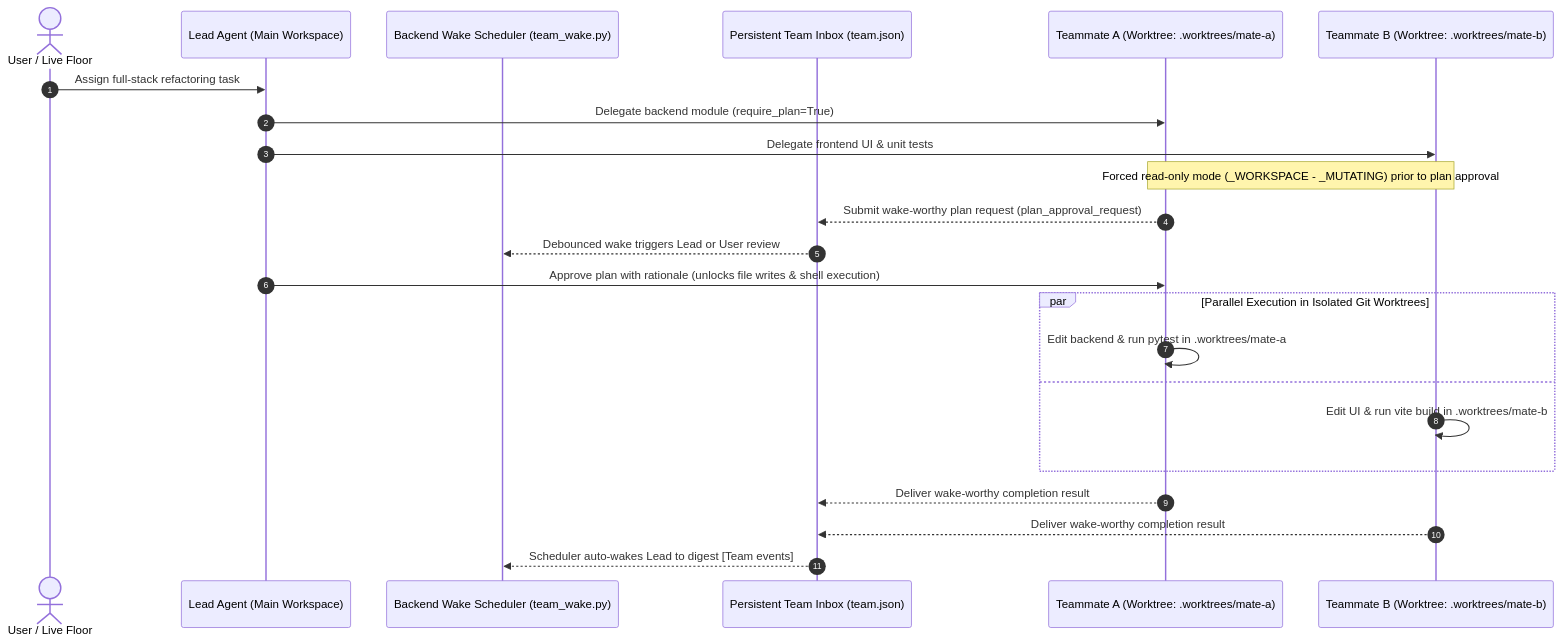
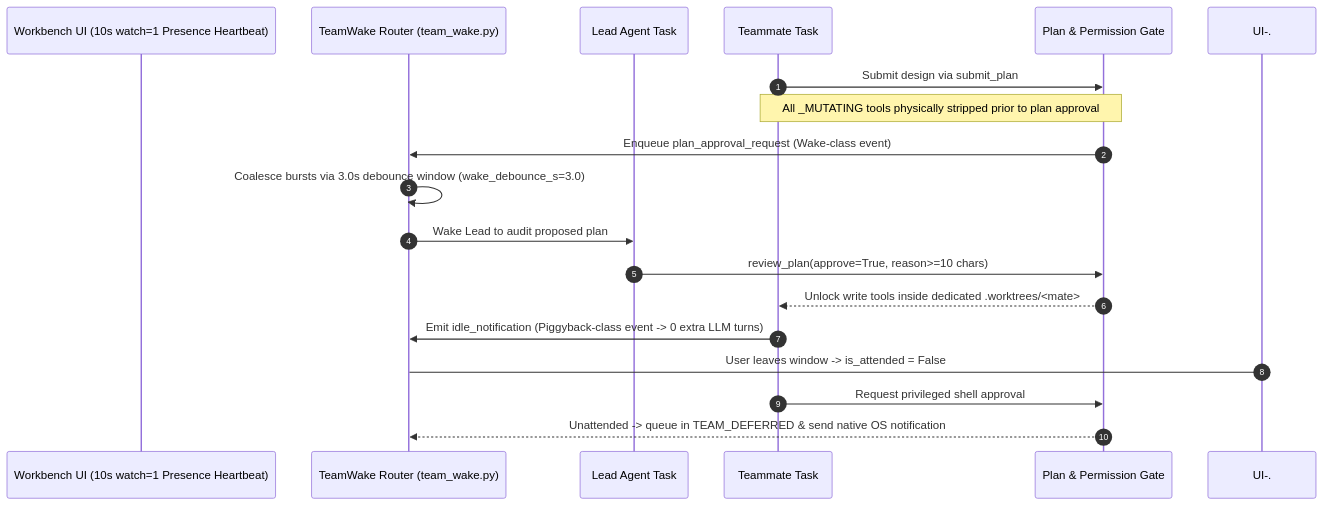
The second of 3 diagrams in docs/en/architecture/multi-agent-team.md (HelmAgent/Helm_website), drawn with Mermaid before and after one commit. The commit also changed other lines of this file and 57 other files, not shown here.

Commit message:
docs(architecture): add detailed documentation for the 5-Tier Permission Sandbox, Zero-RTT Intent Engine, and Open Ecosystem; include core modules, empirical evidence, and interactive permission modes for enhanced clarity and functionality

````diff
--- a/docs/en/architecture/multi-agent-team.md
+++ b/docs/en/architecture/multi-agent-team.md
@@ -16,26 +48,21 @@
 ```mermaid
 sequenceDiagram
   autonumber
-  actor User as User / Live Floor
-  participant Lead as Lead Agent (Main Workspace)
-  participant Wake as Backend Wake Scheduler (team_wake.py)
-  participant Inbox as Persistent Team Inbox (team.json)
-  participant MateA as Teammate A (Worktree: .worktrees/mate-a)
-  participant MateB as Teammate B (Worktree: .worktrees/mate-b)
+  participant UI as Workbench UI (10s watch=1 Presence Heartbeat)
+  participant Wake as TeamWake Router (team_wake.py)
+  participant Lead as Lead Agent Task
+  participant Mate as Teammate Task
+  participant Guard as Plan & Permission Gate
 
-  User->>Lead: Assign full-stack refactoring task
-  Lead->>MateA: Delegate backend module (require_plan=True)
-  Lead->>MateB: Delegate frontend UI & unit tests
-  Note over MateA,MateB: Forced read-only mode (_WORKSPACE - _MUTATING) prior to plan approval
-  MateA-->>Inbox: Submit wake-worthy plan request (plan_approval_request)
-  Inbox-->>Wake: Debounced wake triggers Lead or User review
-  Lead->>MateA: Approve plan with rationale (unlocks file writes & shell execution)
-  par Parallel Execution in Isolated Git Worktrees
-    MateA->>MateA: Edit backend & run pytest in .worktrees/mate-a
-  and
-    MateB->>MateB: Edit UI & run vite build in .worktrees/mate-b
-  end
-  MateA-->>Inbox: Deliver wake-worthy completion result
-  MateB-->>Inbox: Deliver wake-worthy completion result
-  Inbox-->>Wake: Scheduler auto-wakes Lead to digest [Team events]
+  Mate->>Guard: Submit design via submit_plan
+  Note over Mate,Guard: All _MUTATING tools physically stripped prior to plan approval
+  Guard->>Wake: Enqueue plan_approval_request (Wake-class event)
+  Wake->>Wake: Coalesce bursts via 3.0s debounce window (wake_debounce_s=3.0)
+  Wake->>Lead: Wake Lead to audit proposed plan
+  Lead->>Guard: review_plan(approve=True, reason>=10 chars)
+  Guard-->>Mate: Unlock write tools inside dedicated .worktrees/<mate>
+  Mate->>Wake: Emit idle_notification (Piggyback-class event -> 0 extra LLM turns)
+  UI-.->Wake: User leaves window -> is_attended = False
+  Mate->>Guard: Request privileged shell approval
+  Guard-->>Wake: Unattended -> queue in TEAM_DEFERRED & send native OS notification
 ```
````
